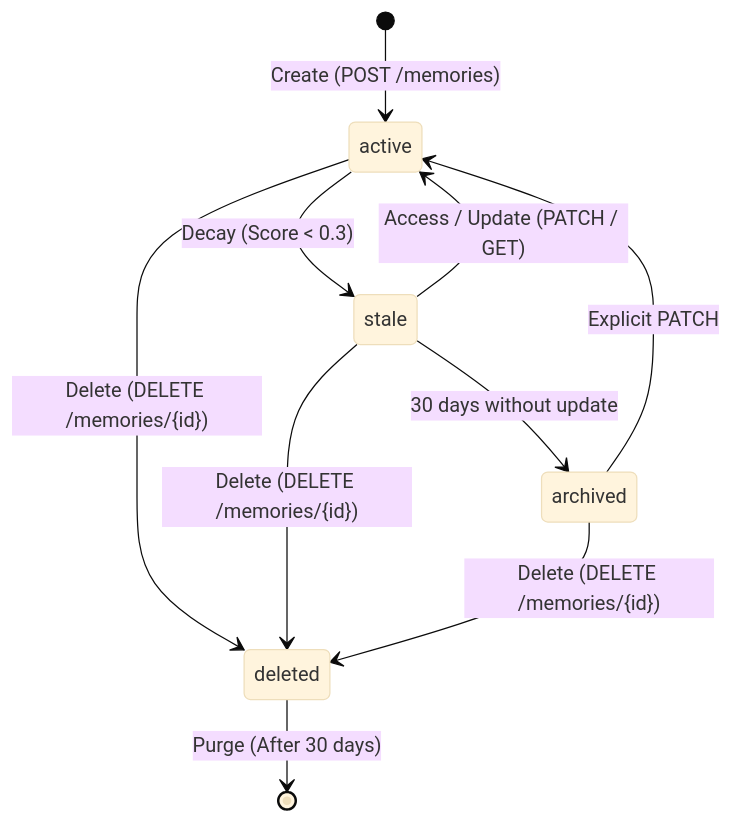
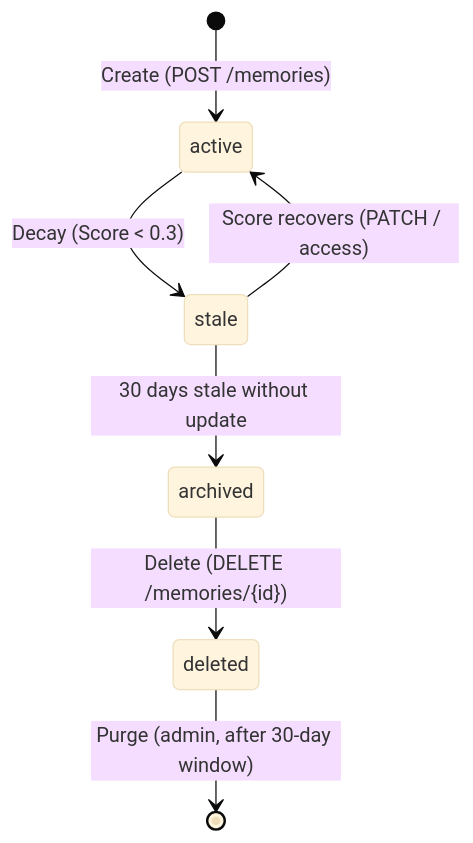
Before and after one commit to glatinone/agent-memory-protocol: the diagram in docs/spec-explained.md, drawn with Mermaid (base theme). The commit also changed other lines of this file and 7 other files, not shown here.

````diff
--- a/docs/spec-explained.md
+++ b/docs/spec-explained.md
@@ -62,12 +62,9 @@
 ```mermaid
 stateDiagram-v2
     [*] --> active : Create (POST /memories)
     active --> stale : Decay (Score < 0.3)
-    stale --> active : Access / Update (PATCH / GET)
-    stale --> archived : 30 days without update
-    archived --> active : Explicit PATCH
-    active --> deleted : Delete (DELETE /memories/{id})
-    stale --> deleted : Delete (DELETE /memories/{id})
+    stale --> active : Score recovers (PATCH / access)
+    stale --> archived : 30 days stale without update
     archived --> deleted : Delete (DELETE /memories/{id})
-    deleted --> [*] : Purge (After 30 days)
+    deleted --> [*] : Purge (admin, after 30-day window)
 ```
````
